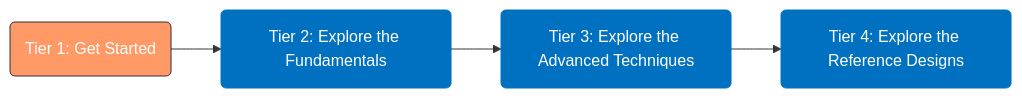
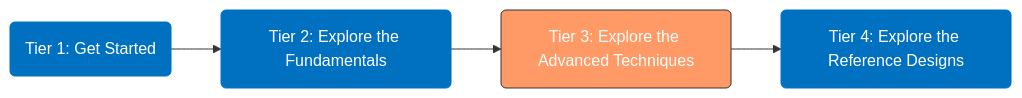
The diagram in DirectProgramming/C++SYCL_FPGA/Tutorials/Features/experimental/annotated_ptr/README.md (oneapi-src/oneAPI-samples), drawn with Mermaid before and after one commit. The commit also changed other lines of this file and 3 other files, not shown here.

````diff
--- a/DirectProgramming/C++SYCL_FPGA/Tutorials/Features/experimental/annotated_ptr/README.md
+++ b/DirectProgramming/C++SYCL_FPGA/Tutorials/Features/experimental/annotated_ptr/README.md
@@ -29,14 +29,14 @@
 ```mermaid
 flowchart LR
    tier1("Tier 1: Get Started")
    tier2("Tier 2: Explore the Fundamentals")
    tier3("Tier 3: Explore the Advanced Techniques")
    tier4("Tier 4: Explore the Reference Designs")
 
    tier1 --> tier2 --> tier3 --> tier4
 
-   style tier1 fill:#f96,stroke:#333,stroke-width:1px,color:#fff
-   style tier2 fill:#0071c1,stroke:#0071c1,stroke-width:1px,color:#fff
-   style tier3 fill:#0071c1,stroke:#0071c1,stroke-width:1px,color:#fff
-   style tier4 fill:#0071c1,stroke:#0071c1,stroke-width:1px,color:#fff
+   style tier1 fill:#0071c1,stroke:#0071c1,stroke-width:1px,color:#fff
+	style tier2 fill:#0071c1,stroke:#0071c1,stroke-width:1px,color:#fff
+	style tier3 fill:#f96,stroke:#333,stroke-width:1px,color:#fff
+	style tier4 fill:#0071c1,stroke:#0071c1,stroke-width:1px,color:#fff   
 ```
````
